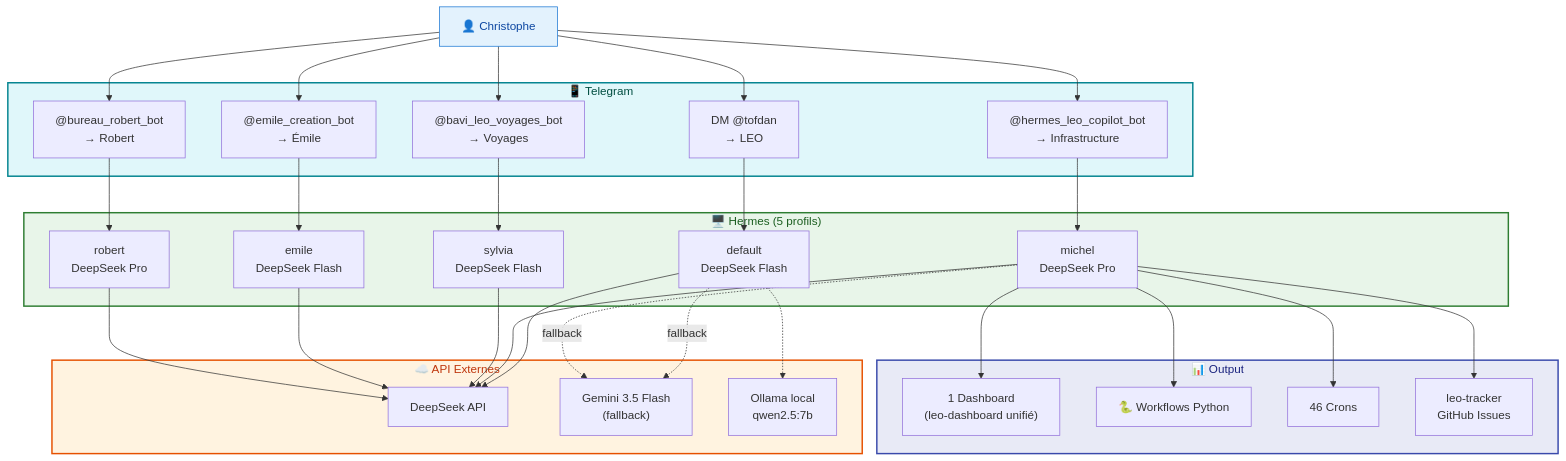
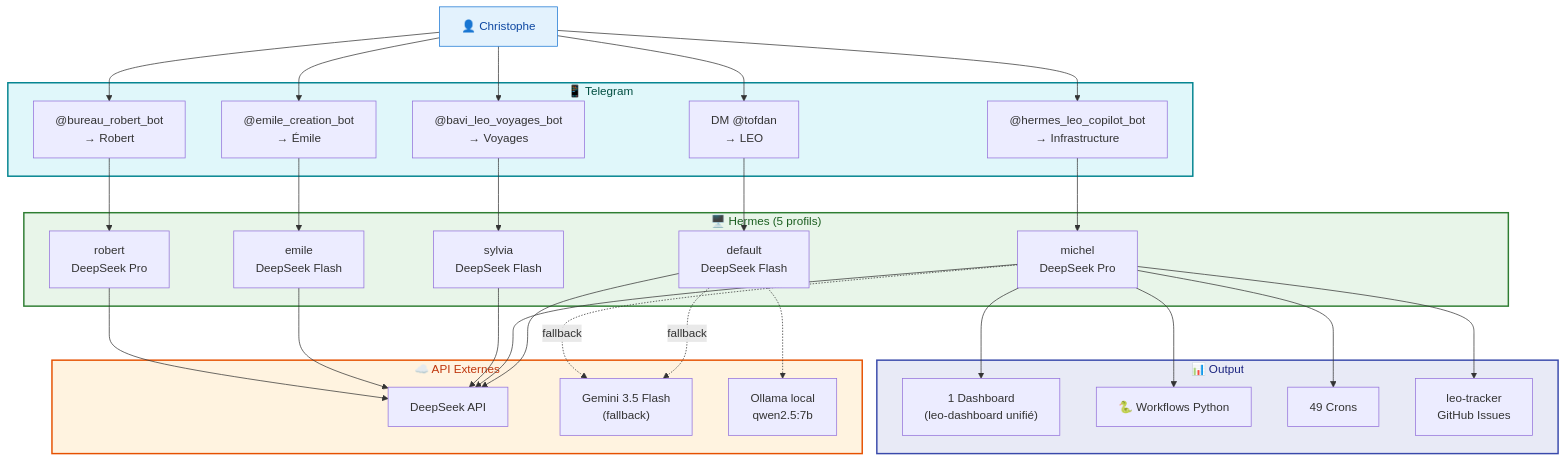
Before and after one commit to christophedanhier-hash/hermes-wiki: the fifth of 5 diagrams in docs/hermes/architecture-communication.md, drawn with Mermaid. The commit also changed other lines of this file and 7 other files, not shown here.

````diff
--- a/docs/hermes/architecture-communication.md
+++ b/docs/hermes/architecture-communication.md
@@ -200,66 +200,66 @@
 ```mermaid
 flowchart TB
     User["👤 Christophe"]
 
     subgraph TELEGRAM["📱 Telegram"]
         DM["DM @tofdan<br/>→ LEO"]
         COP["@hermes_leo_copilot_bot<br/>→ Infrastructure"]
         VOY["@bavi_leo_voyages_bot<br/>→ Voyages"]
         EMI["@emile_creation_bot<br/>→ Émile"]
         ROB["@bureau_robert_bot<br/>→ Robert"]
     end
 
     subgraph HERMES["🖥️ Hermes (5 profils)"]
         DEF["default<br/>DeepSeek Flash"]
         LCP["michel<br/>DeepSeek Pro"]
         BAV["sylvia<br/>DeepSeek Flash"]
         EMILE["emile<br/>DeepSeek Flash"]
         BUR["robert<br/>DeepSeek Pro"]
     end
 
     subgraph API["☁️ API Externes"]
         DS["DeepSeek API"]
         GEM["Gemini 3.5 Flash<br/>(fallback)"]
         OLL["Ollama local<br/>qwen2.5:7b"]
     end
 
     subgraph OUTPUT["📊 Output"]
         DASH["1 Dashboard<br/>(leo-dashboard unifié)"]
         WFL["🐍 Workflows Python"]
-        CRON["46 Crons"]
+        CRON["49 Crons"]
         ISSUES["leo-tracker<br/>GitHub Issues"]
     end
 
     User --> DM
     User --> COP
     User --> VOY
     User --> EMI
     User --> ROB
 
     DM --> DEF
     COP --> LCP
     VOY --> BAV
     EMI --> EMILE
     ROB --> BUR
 
     DEF --> DS
     LCP --> DS
     BAV --> DS
     EMILE --> DS
     BUR --> DS
 
     DEF -.->|"fallback"| GEM
     DEF -.-> OLL
     LCP -.->|"fallback"| GEM
 
     LCP --> DASH
     LCP --> WFL
     LCP --> CRON
     LCP --> ISSUES
 
     style User fill:#e3f2fd,stroke:#1976d2,color:#0d47a1
     style TELEGRAM fill:#e0f7fa,stroke:#00838f,stroke-width:2px,color:#004d40
     style HERMES fill:#e8f5e9,stroke:#2e7d32,stroke-width:2px,color:#1b5e20
     style API fill:#fff3e0,stroke:#e65100,stroke-width:2px,color:#bf360c
     style OUTPUT fill:#e8eaf6,stroke:#3949ab,stroke-width:2px,color:#1a237e
 ```
````
